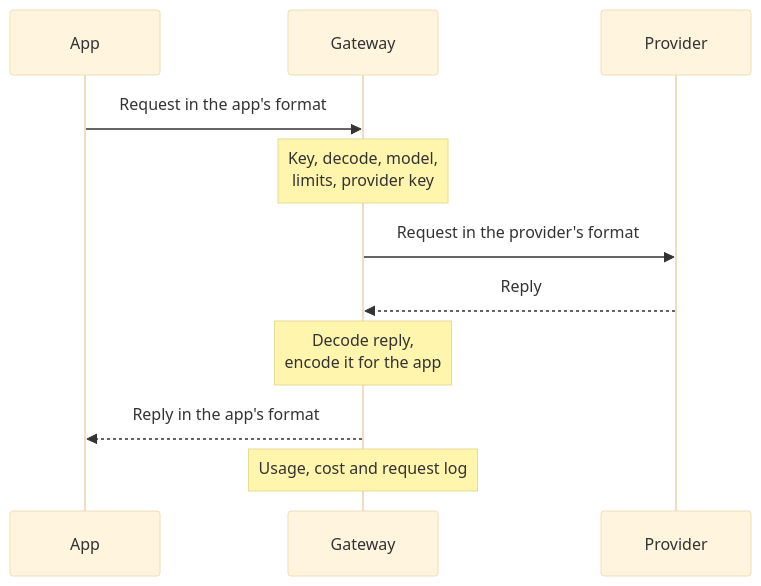
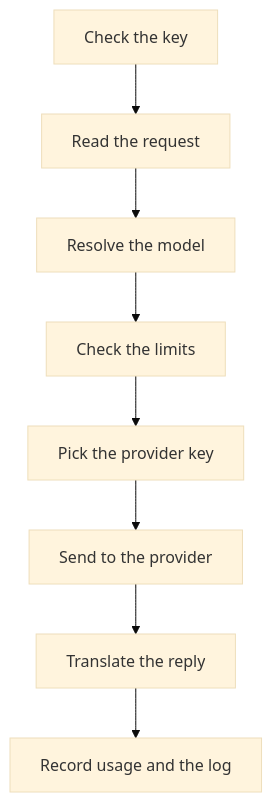
One commit to logicplanes/kaeso changed the diagram in apps/docs/content/en/concepts/request-flow.md. Above: the diagram before and after it, drawn with Mermaid (base theme). The commit also changed other lines of this file and 14 other files, not shown here.

First line of the commit message:
Explain the request flow in plain steps with a top-to-bottom diagram

````diff
--- a/apps/docs/content/en/concepts/request-flow.md
+++ b/apps/docs/content/en/concepts/request-flow.md
@@ -9,15 +9,12 @@
 ```mermaid
-sequenceDiagram
+flowchart TD
   accTitle: Request flow
-  accDescr: The app sends a request in its own format. The gateway checks the key, decodes the request, resolves the model, checks the limits and picks the provider key, then encodes the request and sends it to the provider. It decodes the provider's reply, encodes it in the app's format and returns it, and records usage, cost and the request log.
-  participant App
-  participant Gateway
-  participant Provider
-  App->>Gateway: Request in the app's format
-  Note over Gateway: Key, decode, model,<br>limits, provider key
-  Gateway->>Provider: Request in the provider's format
-  Provider-->>Gateway: Reply
-  Note over Gateway: Decode reply,<br>encode it for the app
-  Gateway-->>App: Reply in the app's format
-  Note over Gateway: Usage, cost and request log
+  accDescr: The gateway checks the key, reads the request, resolves the model, checks the limits and picks the provider key. It then sends the request to the provider, translates the reply into the app's format, and records usage and the request log.
+  key[Check the key] --> request[Read the request]
+  request --> model[Resolve the model]
+  model --> limits[Check the limits]
+  limits --> pkey[Pick the provider key]
+  pkey --> send[Send to the provider]
+  send --> reply[Translate the reply]
+  reply --> log[Record usage and the log]
 ```
````
